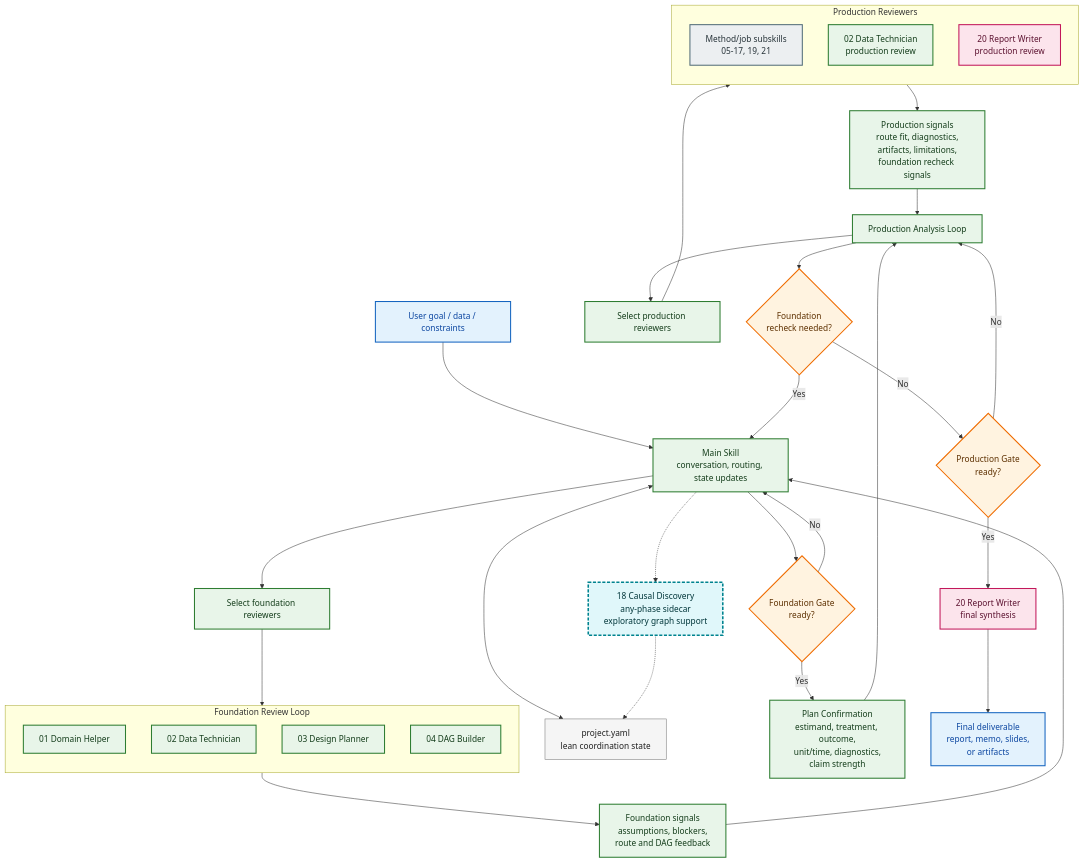
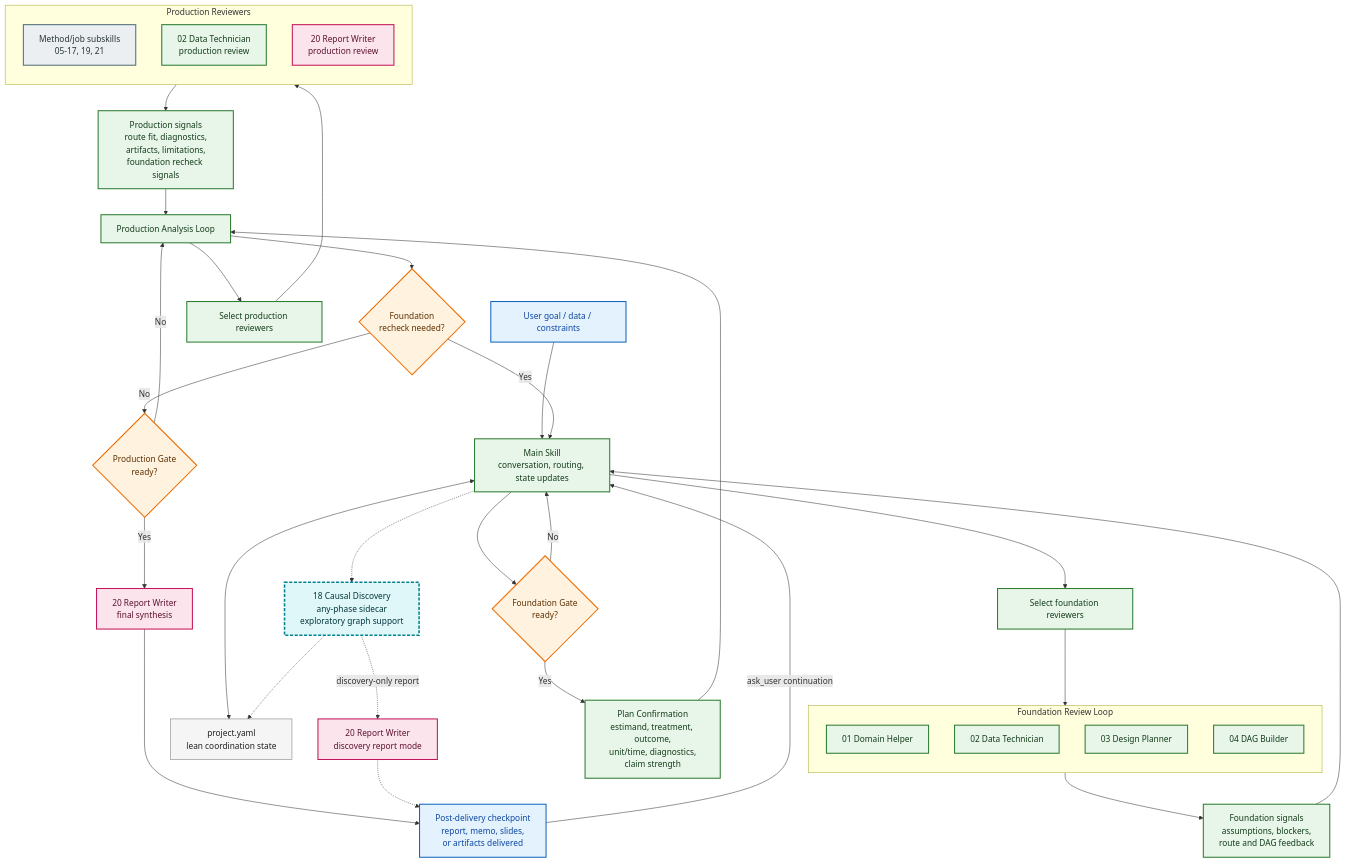
Before and after one commit to rqzhu-aide/causal-consultant: the diagram in assets/workflow-mermaid.md, drawn with Mermaid. The commit also changed other lines of this file and 16 other files, not shown here.

Commit message:
Tighten causal consultant workflow schema

````diff
--- a/assets/workflow-mermaid.md
+++ b/assets/workflow-mermaid.md
@@ -5,68 +5,71 @@
 ```mermaid
 flowchart TB
     U["User goal / data / constraints"]
     M["Main Skill<br/>conversation, routing, state updates"]
     Y["project.yaml<br/>lean coordination state"]
 
     U --> M
     M <--> Y
     M -.-> CD["18 Causal Discovery<br/>any-phase sidecar<br/>exploratory graph support"]
     CD -.-> Y
+    CD -.->|"discovery-only report"| DRW["20 Report Writer<br/>discovery report mode"]
 
     M --> FSEL["Select foundation reviewers"]
 
     subgraph F["Foundation Review Loop"]
         direction TB
         DH["01 Domain Helper"]
         DT["02 Data Technician"]
         DP["03 Design Planner"]
         DAG["04 DAG Builder"]
     end
 
     FSEL --> F
     F --> FS["Foundation signals<br/>assumptions, blockers,<br/>route and DAG feedback"]
     FS --> M
 
     M --> FG{"Foundation Gate<br/>ready?"}
     FG -->|"No"| M
     FG -->|"Yes"| PC["Plan Confirmation<br/>estimand, treatment, outcome,<br/>unit/time, diagnostics,<br/>claim strength"]
 
     PC --> PA["Production Analysis Loop"]
     PA --> PSEL["Select production reviewers"]
 
     subgraph P["Production Reviewers"]
         direction TB
         MJ["Method/job subskills<br/>05-17, 19, 21"]
         DT2["02 Data Technician<br/>production review"]
         RW2["20 Report Writer<br/>production review"]
     end
 
     PSEL --> P
     P --> PS["Production signals<br/>route fit, diagnostics,<br/>artifacts, limitations,<br/>foundation recheck signals"]
     PS --> PA
 
     PA --> FR{"Foundation<br/>recheck needed?"}
     FR -->|"Yes"| M
     FR -->|"No"| PG{"Production Gate<br/>ready?"}
 
     PG -->|"No"| PA
     PG -->|"Yes"| RW["20 Report Writer<br/>final synthesis"]
 
-    RW --> D["Final deliverable<br/>report, memo, slides,<br/>or artifacts"]
+    RW --> D["Post-delivery checkpoint<br/>report, memo, slides,<br/>or artifacts delivered"]
+    DRW -.-> D
+    D -->|"ask_user continuation"| M
 
     classDef user fill:#E3F2FD,stroke:#1565C0,color:#0D47A1,stroke-width:2px;
     classDef gate fill:#FFF3E0,stroke:#EF6C00,color:#5D3000,stroke-width:2px;
     classDef keyskill fill:#E8F5E9,stroke:#2E7D32,color:#143D1B,stroke-width:2px;
     classDef sidecar fill:#E0F7FA,stroke:#00838F,color:#00363A,stroke-width:3px,stroke-dasharray: 6 3;
     classDef method fill:#ECEFF1,stroke:#546E7A,color:#263238,stroke-width:2px;
     classDef report fill:#FCE4EC,stroke:#C2185B,color:#5C1230,stroke-width:2px;
     classDef state fill:#F5F5F5,stroke:#757575,color:#212121,stroke-width:1px;
 
     class U,D user;
     class FG,FR,PG gate;
     class M,DH,DT,DP,DAG,DT2,FSEL,FS,PC,PA,PSEL,PS keyskill;
     class CD sidecar;
     class MJ method;
-    class RW2,RW report;
+    class RW2,RW,DRW report;
     class Y state;
 ```
````
